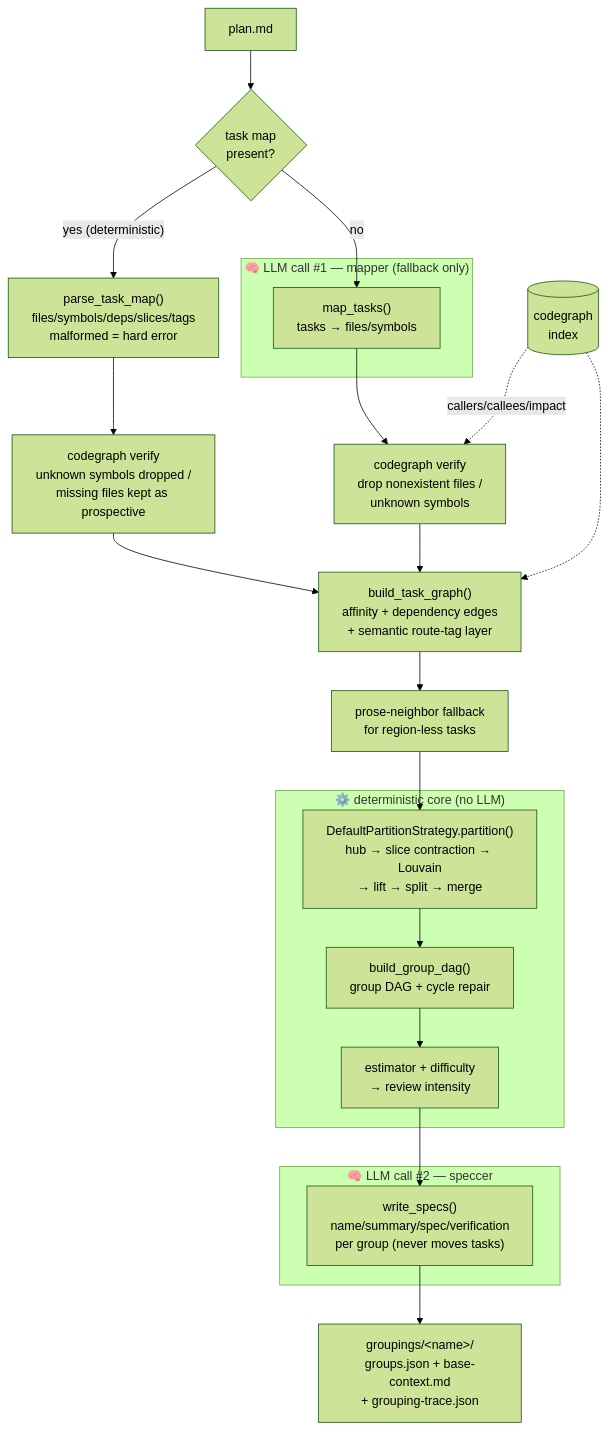
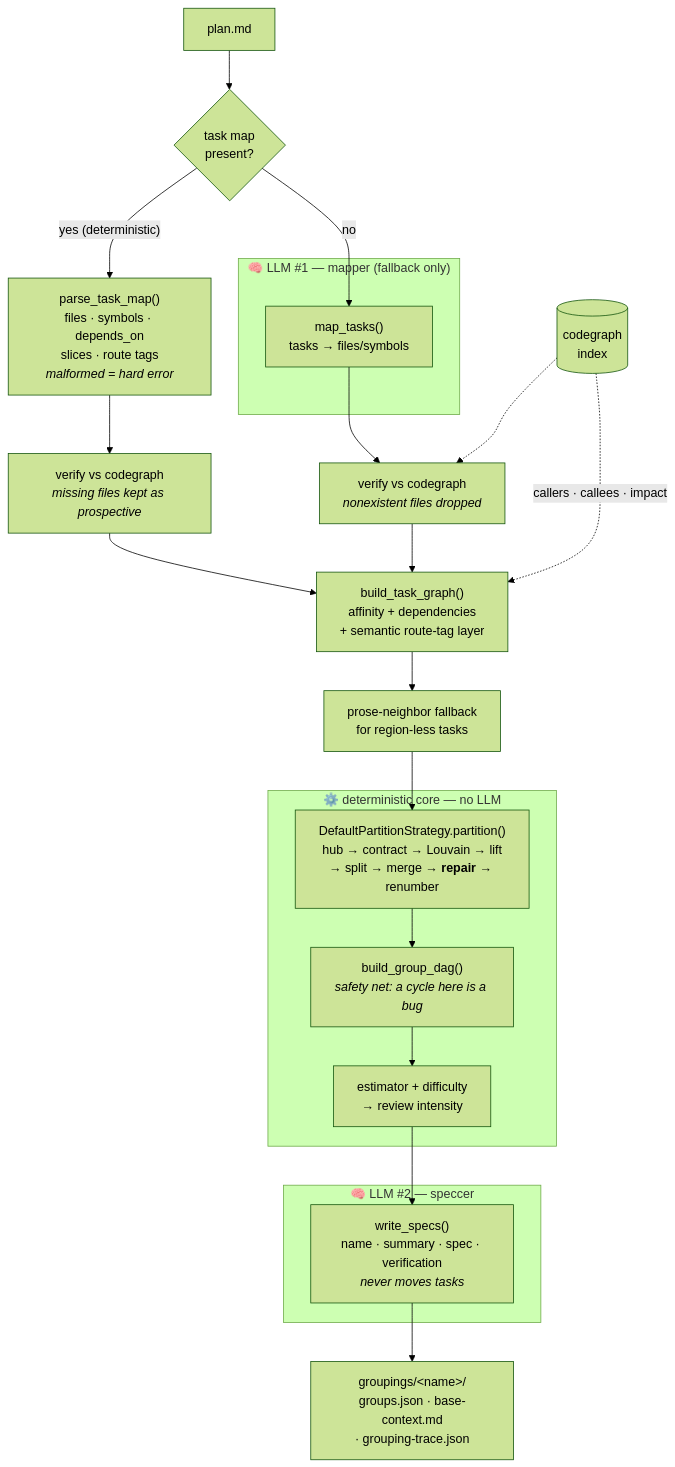
One commit to Giovani-Merlin/smart_mcps changed the first of 3 diagrams in docs/orchestrator-grouping.md. Above: the diagram before and after it, drawn with Mermaid (forest theme). The commit also changed other lines of this file and 26 other files, not shown here.

````diff
--- a/docs/orchestrator-grouping.md
+++ b/docs/orchestrator-grouping.md
@@ -28,34 +51,34 @@
 ```mermaid
 flowchart TD
     plan["plan.md"] --> tmap{"task map<br/>present?"}
-    tmap -- "yes (deterministic)" --> parse["parse_task_map()<br/>files/symbols/deps/slices/tags<br/>malformed = hard error"]
+    tmap -- "yes (deterministic)" --> parse["parse_task_map()<br/>files · symbols · depends_on<br/>slices · route tags<br/><i>malformed = hard error</i>"]
     tmap -- no --> mapper
 
-    subgraph LLM1["🧠 LLM call #1 — mapper (fallback only)"]
+    subgraph LLM1["🧠 LLM #1 — mapper (fallback only)"]
         mapper["map_tasks()<br/>tasks → files/symbols"]
     end
 
-    mapper --> verify["codegraph verify<br/>drop nonexistent files /<br/>unknown symbols"]
-    parse --> verify2["codegraph verify<br/>unknown symbols dropped /<br/>missing files kept as prospective"]
-    cg[("codegraph<br/>index")] -.->|callers/callees/impact| verify
-    verify --> tg["build_task_graph()<br/>affinity + dependency edges<br/>+ semantic route-tag layer"]
+    mapper --> verify["verify vs codegraph<br/><i>nonexistent files dropped</i>"]
+    parse --> verify2["verify vs codegraph<br/><i>missing files kept as prospective</i>"]
+    cg[("codegraph<br/>index")] -.-> verify
+    verify --> tg["build_task_graph()<br/>affinity + dependencies<br/>+ semantic route-tag layer"]
     verify2 --> tg
-    cg -.-> tg
+    cg -.->|"callers · callees · impact"| tg
     tg --> prose["prose-neighbor fallback<br/>for region-less tasks"]
 
     prose --> partition
 
-    subgraph DET["⚙️ deterministic core (no LLM)"]
-        partition["DefaultPartitionStrategy.partition()<br/>hub → slice contraction → Louvain<br/>→ lift → split → merge"]
-        partition --> dag["build_group_dag()<br/>group DAG + cycle repair"]
+    subgraph DET["⚙️ deterministic core — no LLM"]
+        partition["DefaultPartitionStrategy.partition()<br/>hub → contract → Louvain → lift<br/>→ split → merge → <b>repair</b> → renumber"]
+        partition --> dag["build_group_dag()<br/><i>safety net: a cycle here is a bug</i>"]
         dag --> est["estimator + difficulty<br/>→ review intensity"]
     end
 
     est --> speccer
 
-    subgraph LLM2["🧠 LLM call #2 — speccer"]
-        speccer["write_specs()<br/>name/summary/spec/verification<br/>per group (never moves tasks)"]
+    subgraph LLM2["🧠 LLM #2 — speccer"]
+        speccer["write_specs()<br/>name · summary · spec · verification<br/><i>never moves tasks</i>"]
     end
 
-    speccer --> out["groupings/&lt;name&gt;/<br/>groups.json + base-context.md<br/>+ grouping-trace.json"]
+    speccer --> out["groupings/&lt;name&gt;/<br/>groups.json · base-context.md<br/>· grouping-trace.json"]
 ```
````
